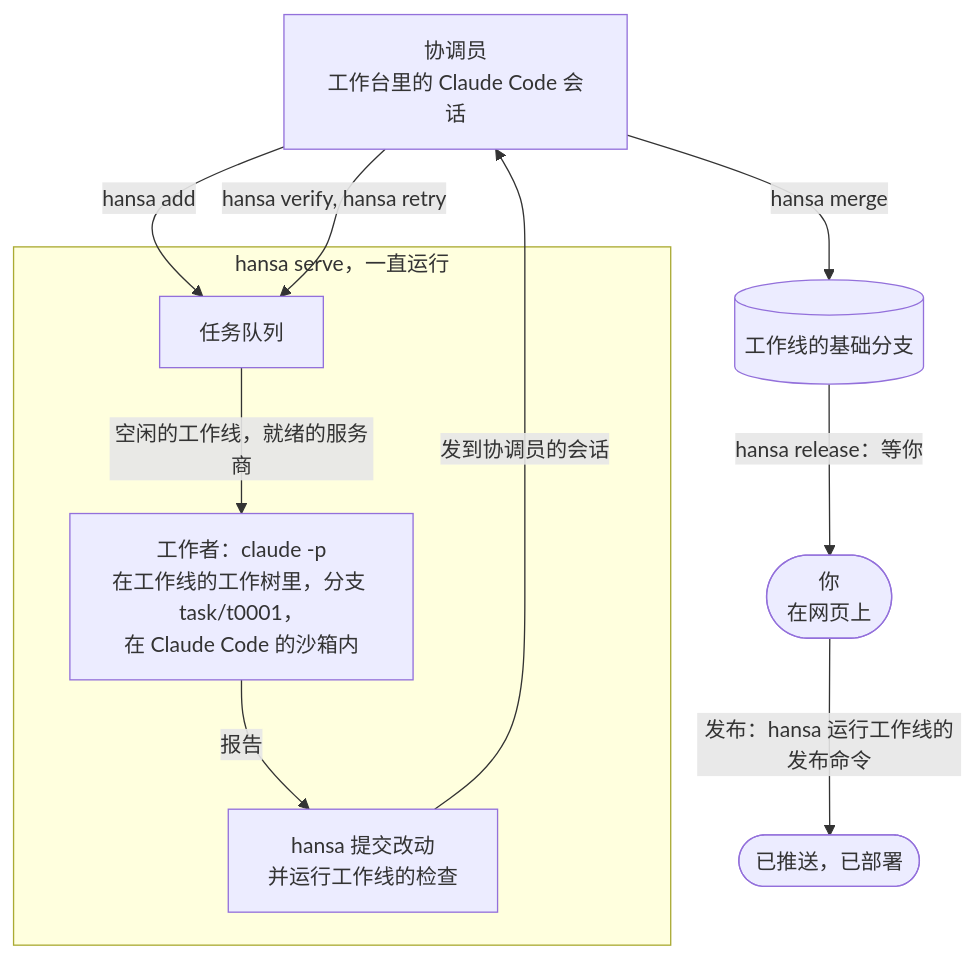
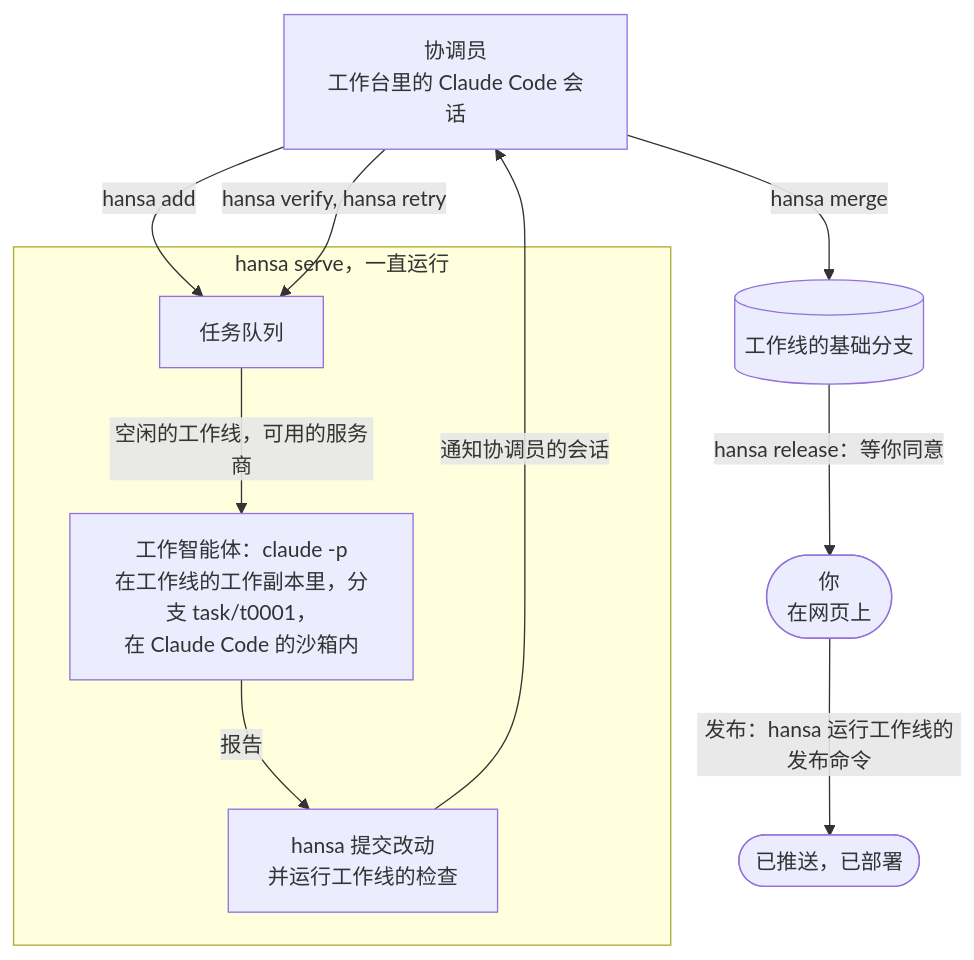
The diagram in README.zh-CN.md (FrostNovaOrg/Hansa), drawn with Mermaid before and after one commit. The commit also changed other lines of this file and 3 other files, not shown here.

````diff
--- a/README.zh-CN.md
+++ b/README.zh-CN.md
@@ -45,21 +43,21 @@
 ```mermaid
 flowchart TB
     P(["你<br/>在网页上"])
     C["协调员<br/>工作台里的 Claude Code 会话"]
     subgraph S["hansa serve，一直运行"]
         Q["任务队列"]
-        W["工作者：claude -p<br/>在工作线的工作树里，分支 task/t0001，<br/>在 Claude Code 的沙箱内"]
+        W["工作智能体：claude -p<br/>在工作线的工作副本里，分支 task/t0001，<br/>在 Claude Code 的沙箱内"]
         K["hansa 提交改动<br/>并运行工作线的检查"]
     end
     B[("工作线的基础分支")]
     O(["已推送，已部署"])
 
     C -- "hansa add" --> Q
-    Q -- "空闲的工作线，就绪的服务商" --> W
+    Q -- "空闲的工作线，可用的服务商" --> W
     W -- "报告" --> K
-    K -- "发到协调员的会话" --> C
+    K -- "通知协调员的会话" --> C
     C -- "hansa verify, hansa retry" --> Q
     C -- "hansa merge" --> B
-    B -- "hansa release：等你" --> P
+    B -- "hansa release：等你同意" --> P
     P -- "发布：hansa 运行工作线的发布命令" --> O
 ```
````
